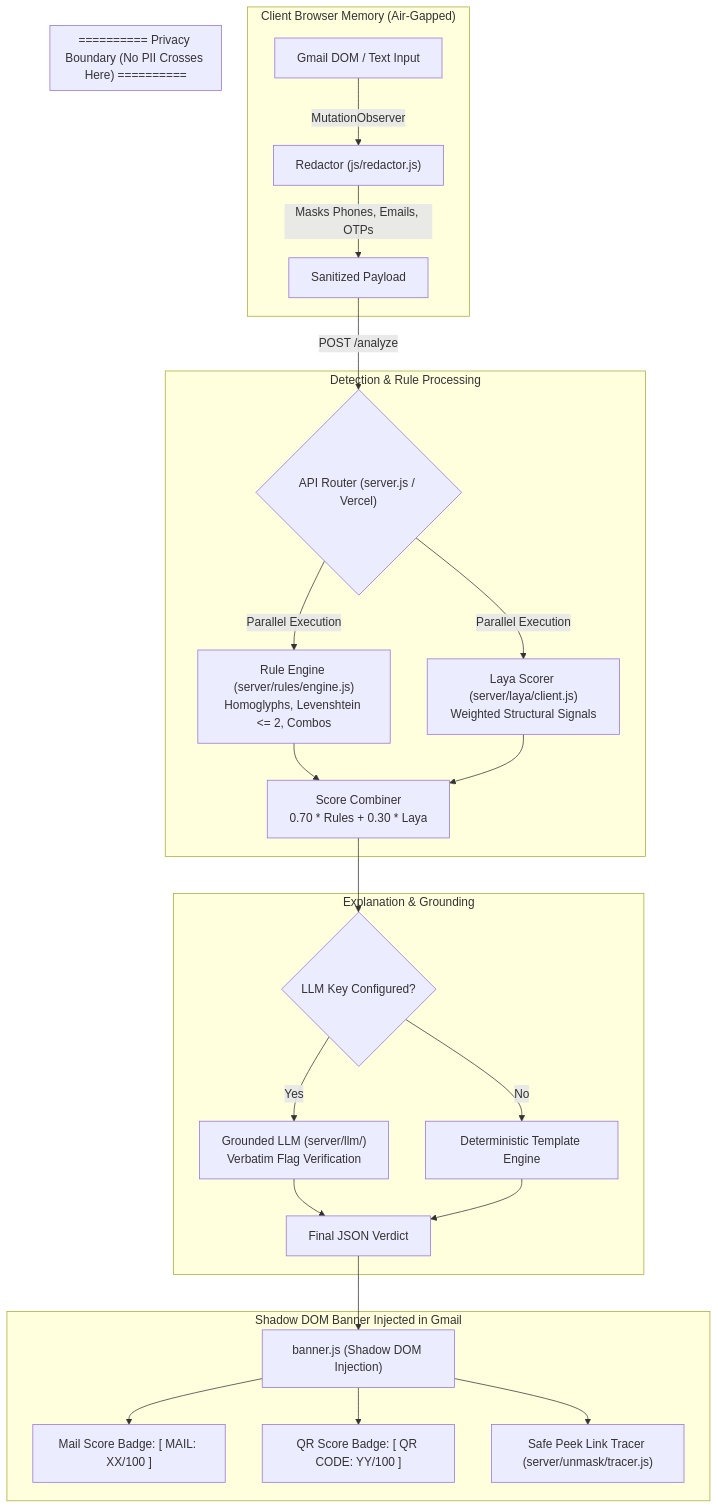
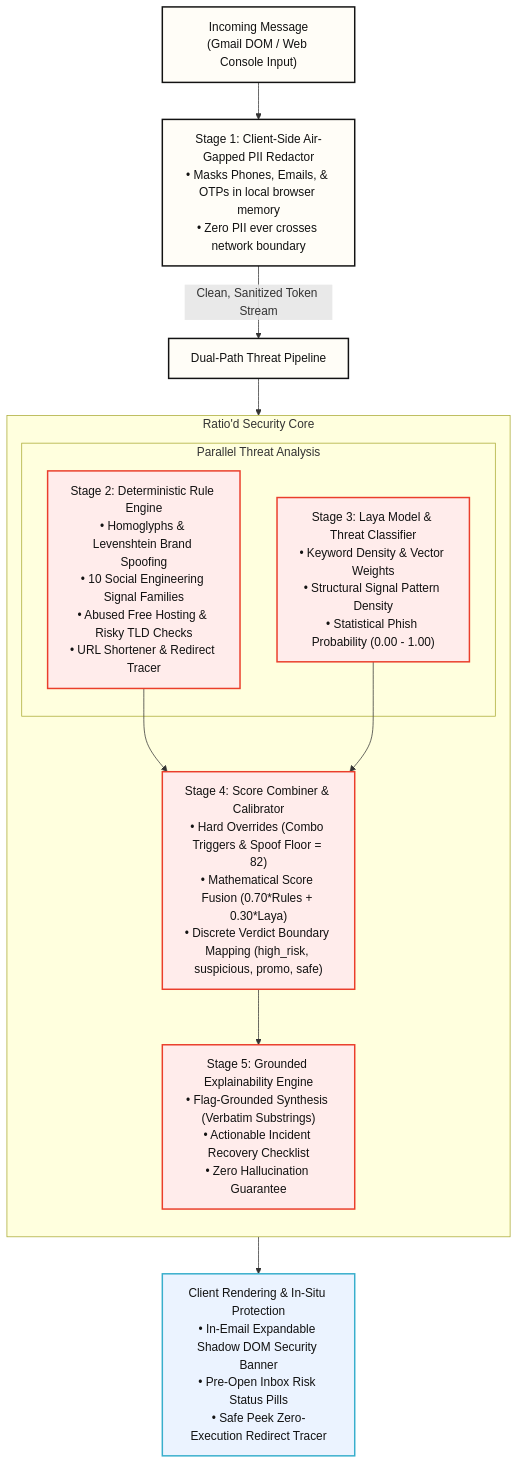
One commit to VedxntDev/Ratio-d changed the first of 4 diagrams in README.md. Above: the diagram before and after it, drawn with Mermaid. The commit also changed other lines of this file, not shown here.

Commit message:
Redesign all architecture diagrams into crystal-clear, layman-friendly 5-stage Eraser.io style flowcharts

````diff
--- a/README.md
+++ b/README.md
@@ -239,34 +239,35 @@
 ```mermaid
 flowchart TD
-    subgraph BROWSER ["Client Browser Memory (Air-Gapped)"]
-        A["Gmail DOM / Text Input"] -->|MutationObserver| B["Redactor (js/redactor.js)"]
-        B -->|Masks Phones, Emails, OTPs| C["Sanitized Payload"]
+    INCOMING["Incoming Message<br/>(Gmail DOM / Web Console Input)"]
+    
+    INCOMING --> STAGE1["Stage 1: Client-Side Air-Gapped PII Redactor<br/>• Masks Phones, Emails, & OTPs in local browser memory<br/>• Zero PII ever crosses network boundary"]
+    
+    STAGE1 -->|Clean, Sanitized Token Stream| DUAL_PATH["Dual-Path Threat Pipeline"]
+
+    subgraph CORE ["Ratio'd Security Core"]
+        direction TB
+        
+        subgraph PARALLEL ["Parallel Threat Analysis"]
+            STAGE2["Stage 2: Deterministic Rule Engine<br/>• Homoglyphs & Levenshtein Brand Spoofing<br/>• 10 Social Engineering Signal Families<br/>• Abused Free Hosting & Risky TLD Checks<br/>• URL Shortener & Redirect Tracer"]
+            
+            STAGE3["Stage 3: Laya Model & Threat Classifier<br/>• Keyword Density & Vector Weights<br/>• Structural Signal Pattern Density<br/>• Statistical Phish Probability (0.00 - 1.00)"]
+        end
+
+        STAGE2 --> STAGE4["Stage 4: Score Combiner & Calibrator<br/>• Hard Overrides (Combo Triggers & Spoof Floor = 82)<br/>• Mathematical Score Fusion (0.70*Rules + 0.30*Laya)<br/>• Discrete Verdict Boundary Mapping (high_risk, suspicious, promo, safe)"]
+        STAGE3 --> STAGE4
+
+        STAGE4 --> STAGE5["Stage 5: Grounded Explainability Engine<br/>• Flag-Grounded Synthesis (Verbatim Substrings)<br/>• Actionable Incident Recovery Checklist<br/>• Zero Hallucination Guarantee"]
     end
 
-    subgraph PRIVACY_BOUNDARY ["========== Privacy Boundary (No PII Crosses Here) =========="]
-        C
-    end
+    DUAL_PATH --> CORE
 
-    subgraph ENGINE ["Detection & Rule Processing"]
-        C -->|POST /analyze| D{"API Router (server.js / Vercel)"}
-        D -->|Parallel Execution| E["Rule Engine (server/rules/engine.js)<br/>Homoglyphs, Levenshtein <= 2, Combos"]
-        D -->|Parallel Execution| F["Laya Scorer (server/laya/client.js)<br/>Weighted Structural Signals"]
-        E --> G["Score Combiner<br/>0.70 * Rules + 0.30 * Laya"]
-        F --> G
-    end
+    STAGE5 --> RENDERING["Client Rendering & In-Situ Protection<br/>• In-Email Expandable Shadow DOM Security Banner<br/>• Pre-Open Inbox Risk Status Pills<br/>• Safe Peek Zero-Execution Redirect Tracer"]
 
-    subgraph EXPLANATION ["Explanation & Grounding"]
-        G --> H{"LLM Key Configured?"}
-        H -->|Yes| I["Grounded LLM (server/llm/)<br/>Verbatim Flag Verification"]
-        H -->|No| J["Deterministic Template Engine"]
-        I --> K["Final JSON Verdict"]
-        J --> K
-    end
+    classDef stageBox fill:#FFFDF7,stroke:#121212,stroke-width:2px,color:#121212
+    classDef coreBox fill:#FFECEB,stroke:#EA3E2B,stroke-width:2px,color:#121212
+    classDef renderBox fill:#EBF3FF,stroke:#38AECC,stroke-width:2px,color:#121212
 
-    subgraph RENDER ["Shadow DOM Banner Injected in Gmail"]
-        K --> L["banner.js (Shadow DOM Injection)"]
-        L --> M["Mail Score Badge: [ MAIL: XX/100 ]"]
-        L --> N["QR Score Badge: [ QR CODE: YY/100 ]"]
-        L --> O["Safe Peek Link Tracer (server/unmask/tracer.js)"]
-    end
+    class INCOMING,STAGE1,DUAL_PATH stageBox
+    class STAGE2,STAGE3,STAGE4,STAGE5 coreBox
+    class RENDERING renderBox
 ```
````
